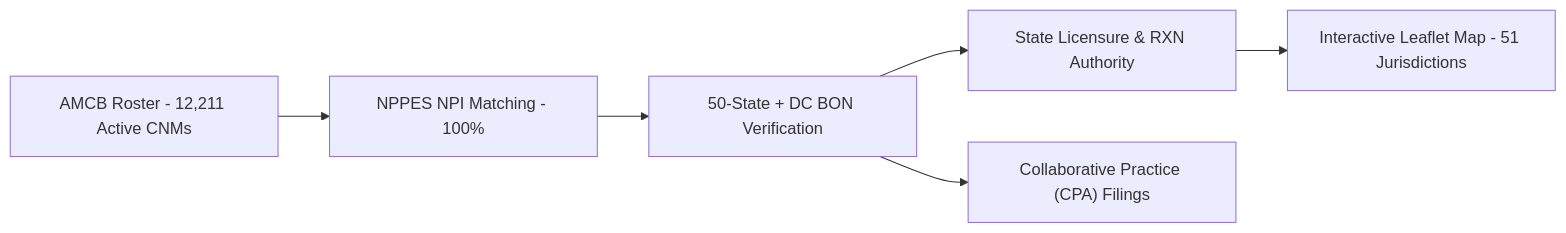
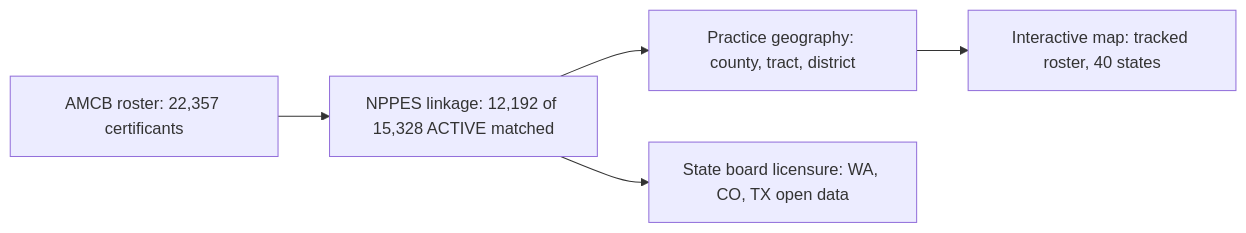
Before and after one commit to mufflyt/midwifery: the first of 5 diagrams in README.md, drawn with Mermaid. The commit also changed other lines of this file and 134 other files, not shown here.

````diff
--- a/README.md
+++ b/README.md
@@ -17,8 +24,7 @@
 ```mermaid
 flowchart LR
-  A["AMCB Roster - 12,211 Active CNMs"] --> B["NPPES NPI Matching - 100%"]
-  B --> C["50-State + DC BON Verification"]
-  C --> D["State Licensure & RXN Authority"]
-  C --> E["Collaborative Practice (CPA) Filings"]
-  D --> F["Interactive Leaflet Map - 51 Jurisdictions"]
+  A["AMCB roster: 22,357 certificants"] --> B["NPPES linkage: 12,192 of 15,328 ACTIVE matched"]
+  B --> C["Practice geography: county, tract, district"]
+  B --> D["State board licensure: WA, CO, TX open data"]
+  C --> F["Interactive map: tracked roster, 40 states"]
 ```
````
